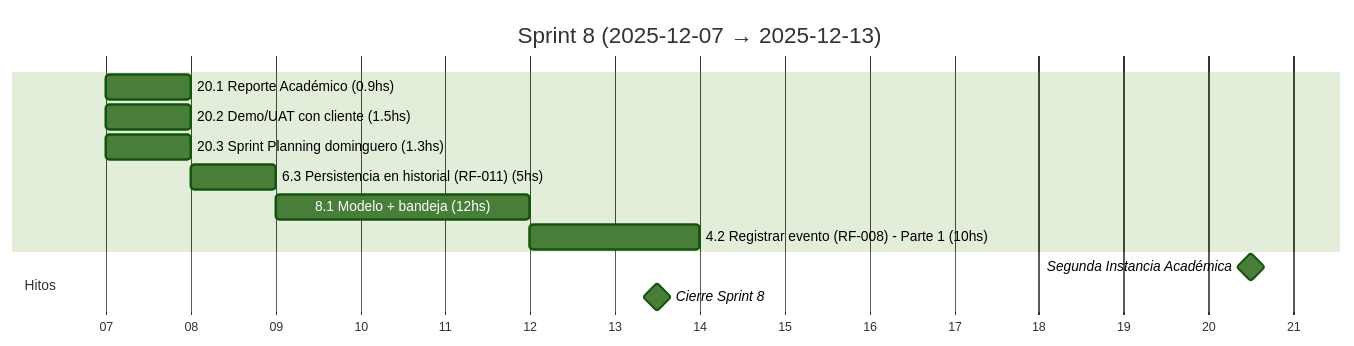
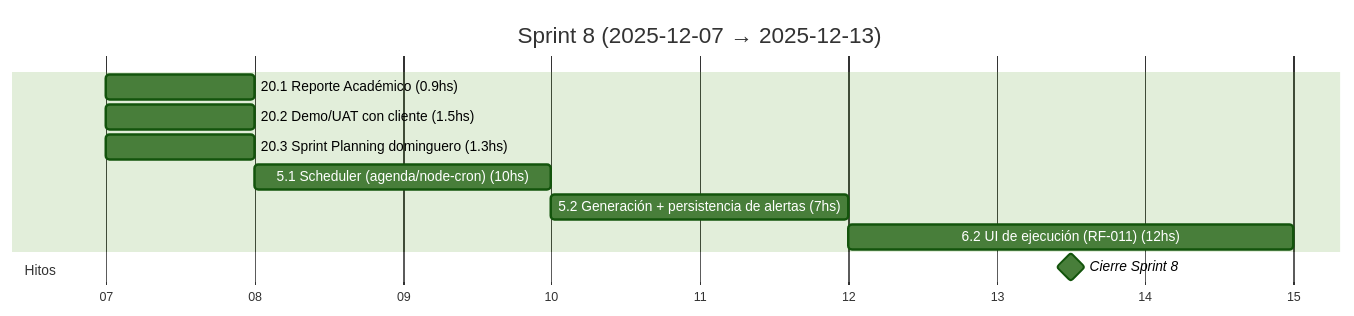
Before and after one commit to MarkMed/FleetMan: the ninth of 19 diagrams in docs/SprintsGantts.md, drawn with Mermaid (forest theme). The commit also changed other lines of this file and 1 other file, not shown here.

````diff
--- a/docs/SprintsGantts.md
+++ b/docs/SprintsGantts.md
@@ -226,19 +227,18 @@
 ```mermaid
 gantt
   title Sprint 8 (2025-12-07 → 2025-12-13)
   dateFormat  YYYY-MM-DD
   axisFormat  %d
 
   %% Asumimos 5 h/día. Horas estimadas incluidas en el nombre.
 
   20.1 Reporte Académico (0.9hs)               :t201, 2025-12-07, 1d
   20.2 Demo/UAT con cliente (1.5hs)            :t202, 2025-12-07, 1d
   20.3 Sprint Planning dominguero (1.3hs)      :t203, 2025-12-07, 1d
-  6.3 Persistencia en historial (RF-011) (5hs) :t63, after t203, 1d
-  8.1 Modelo + bandeja (12hs)                  :t81, after t63, 3d
-  4.2 Registrar evento (RF-008) - Parte 1 (10hs) :t421, after t81, 2d
+  5.1 Scheduler (agenda/node-cron) (10hs)      :t51, after t203, 2d
+  5.2 Generación + persistencia de alertas (7hs) :t52, after t51, 2d
+  6.2 UI de ejecución (RF-011) (12hs)          :t62, after t52, 3d
 
   section Hitos
-  Segunda Instancia Académica                   :milestone, acad2, 2025-12-20, 1d
   Cierre Sprint 8                              :milestone, s8, 2025-12-13, 1d
 ```
````
